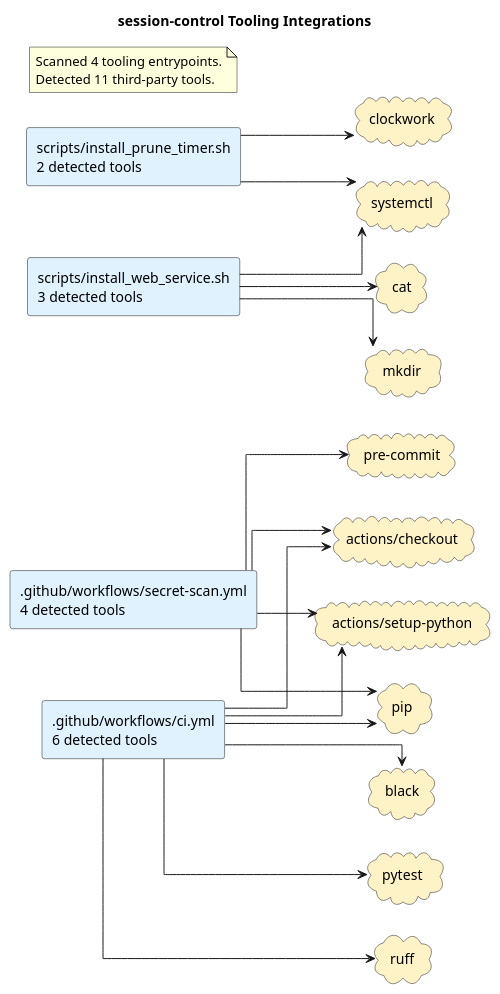
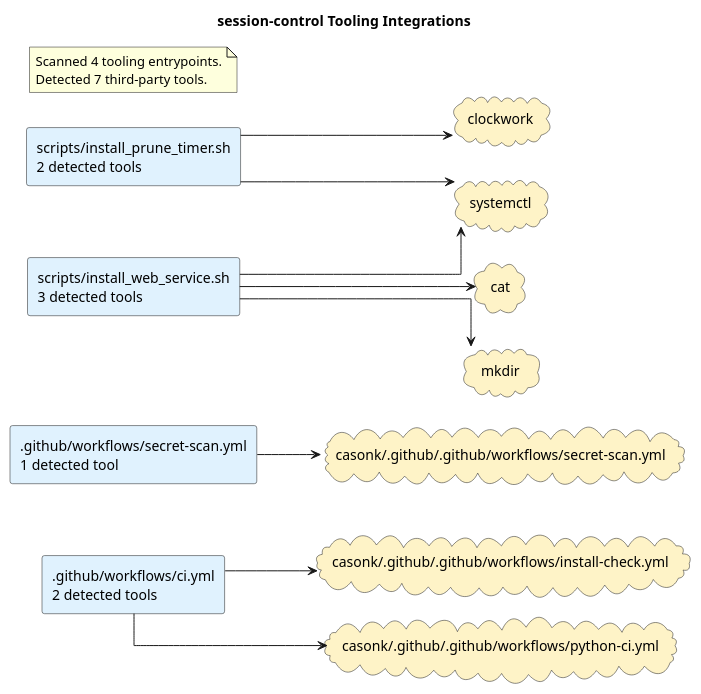
One commit to casonk/session-control changed the diagram in docs/diagrams/tooling-integrations.puml. Above: the diagram before and after it, drawn with PlantUML. The commit also changed 11 other files, not shown here.

Commit message:
docs: refresh architecture diagrams (#11)

```diff
--- a/docs/diagrams/tooling-integrations.puml
+++ b/docs/diagrams/tooling-integrations.puml
@@ -1,42 +1,31 @@
 @startuml
 title session-control Tooling Integrations
 left to right direction
 skinparam shadowing false
 skinparam defaultFontName Monospace
 skinparam componentStyle rectangle
 skinparam linetype ortho
-rectangle ".github/workflows/ci.yml\n6 detected tools" as source_github_workflows_ci_yml #E0F2FE
-rectangle ".github/workflows/secret-scan.yml\n4 detected tools" as source_github_workflows_secret_scan_yml #E0F2FE
+rectangle ".github/workflows/ci.yml\n2 detected tools" as source_github_workflows_ci_yml #E0F2FE
+rectangle ".github/workflows/secret-scan.yml\n1 detected tool" as source_github_workflows_secret_scan_yml #E0F2FE
 rectangle "scripts/install_prune_timer.sh\n2 detected tools" as source_scripts_install_prune_timer_sh #E0F2FE
 rectangle "scripts/install_web_service.sh\n3 detected tools" as source_scripts_install_web_service_sh #E0F2FE
-cloud "actions/checkout" as tool_actions_checkout #FEF3C7
-cloud "actions/setup-python" as tool_actions_setup_python #FEF3C7
-cloud "black" as tool_black #FEF3C7
+cloud "casonk/.github/.github/workflows/install-check.yml" as tool_casonk_github_github_workflows_install_check_yml #FEF3C7
+cloud "casonk/.github/.github/workflows/python-ci.yml" as tool_casonk_github_github_workflows_python_ci_yml #FEF3C7
+cloud "casonk/.github/.github/workflows/secret-scan.yml" as tool_casonk_github_github_workflows_secret_scan_yml #FEF3C7
 cloud "cat" as tool_cat #FEF3C7
 cloud "clockwork" as tool_clockwork #FEF3C7
 cloud "mkdir" as tool_mkdir #FEF3C7
-cloud "pip" as tool_pip #FEF3C7
-cloud "pre-commit" as tool_pre_commit #FEF3C7
-cloud "pytest" as tool_pytest #FEF3C7
-cloud "ruff" as tool_ruff #FEF3C7
 cloud "systemctl" as tool_systemctl #FEF3C7
-source_github_workflows_ci_yml --> tool_actions_checkout
-source_github_workflows_ci_yml --> tool_actions_setup_python
-source_github_workflows_ci_yml --> tool_black
-source_github_workflows_ci_yml --> tool_pip
-source_github_workflows_ci_yml --> tool_pytest
-source_github_workflows_ci_yml --> tool_ruff
-source_github_workflows_secret_scan_yml --> tool_actions_checkout
-source_github_workflows_secret_scan_yml --> tool_actions_setup_python
-source_github_workflows_secret_scan_yml --> tool_pip
-source_github_workflows_secret_scan_yml --> tool_pre_commit
+source_github_workflows_ci_yml --> tool_casonk_github_github_workflows_install_check_yml
+source_github_workflows_ci_yml --> tool_casonk_github_github_workflows_python_ci_yml
+source_github_workflows_secret_scan_yml --> tool_casonk_github_github_workflows_secret_scan_yml
 source_scripts_install_prune_timer_sh --> tool_clockwork
 source_scripts_install_prune_timer_sh --> tool_systemctl
 source_scripts_install_web_service_sh --> tool_cat
 source_scripts_install_web_service_sh --> tool_mkdir
 source_scripts_install_web_service_sh --> tool_systemctl
 note as toolingGraphSummary
 Scanned 4 tooling entrypoints.
-Detected 11 third-party tools.
+Detected 7 third-party tools.
 end note
 @enduml
```
